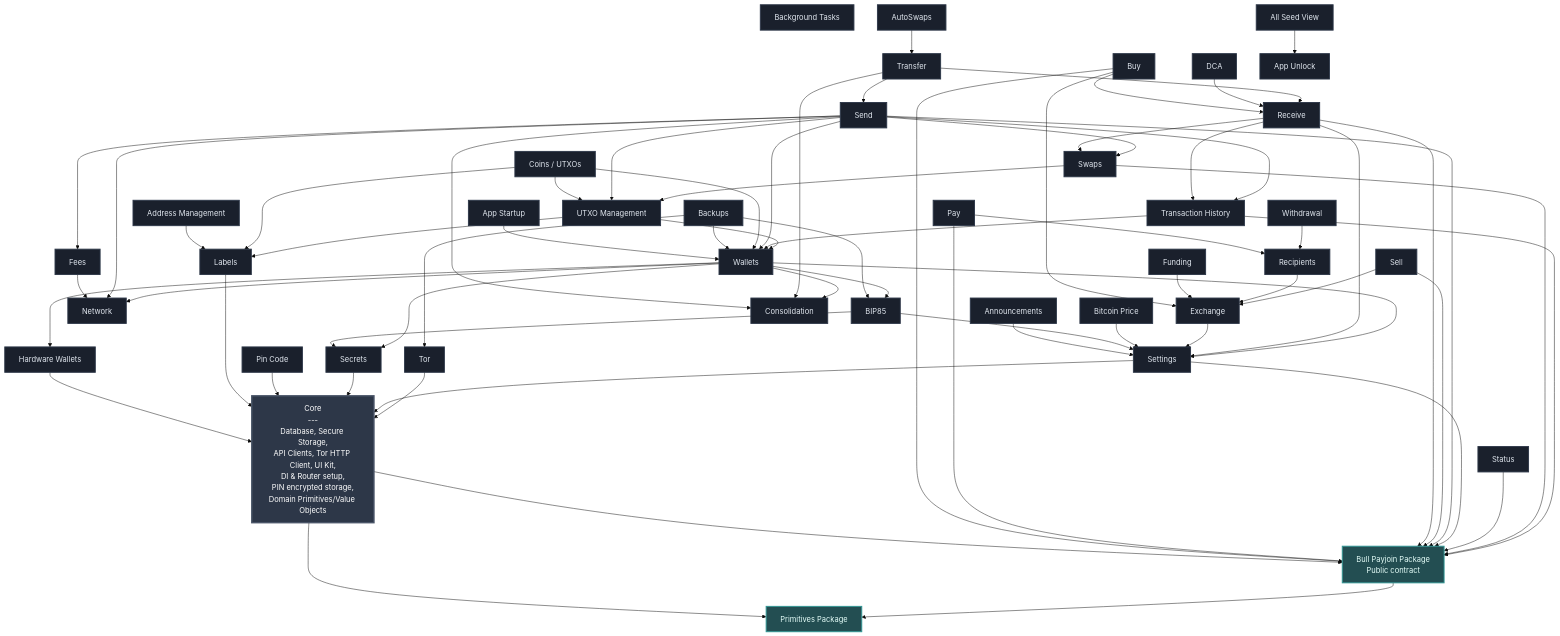
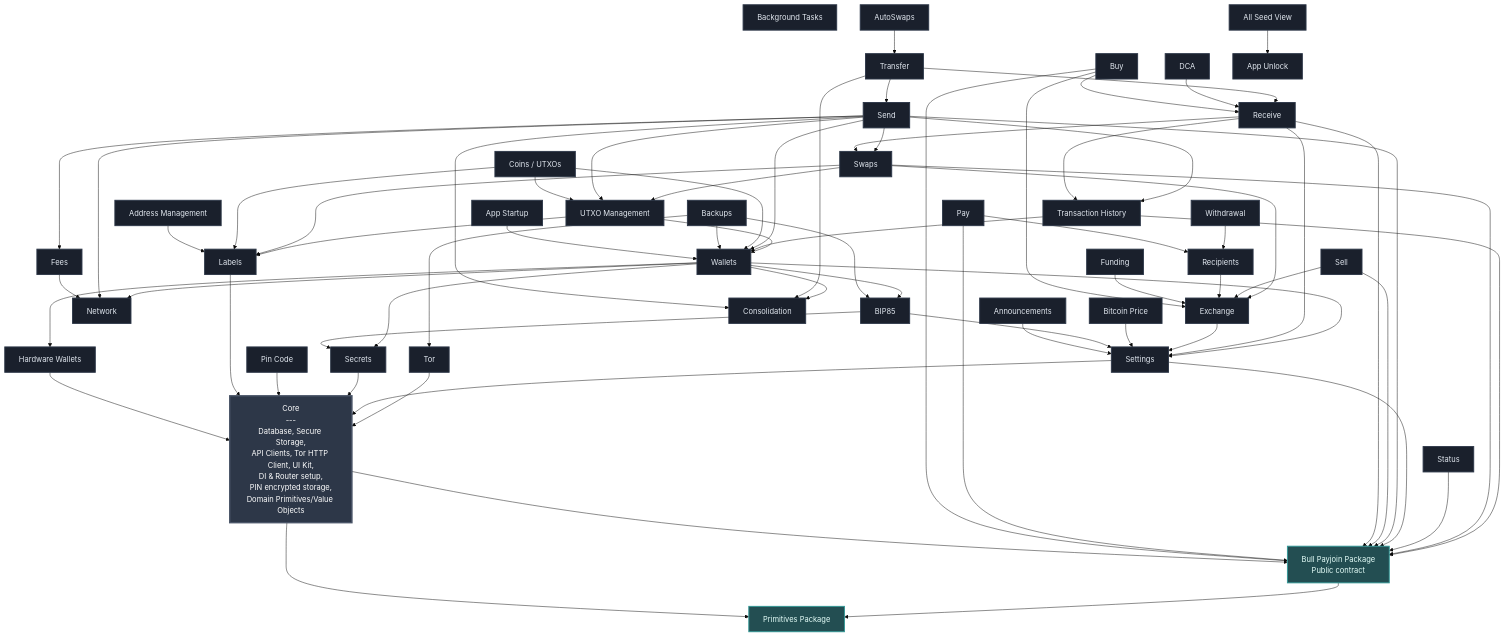
The diagram in FEATURES.md (SatoshiPortal/bullbitcoin-mobile), drawn with Mermaid (base theme) before and after one commit. The commit also changed 63 other files, not shown here.

```diff
--- a/FEATURES.md
+++ b/FEATURES.md
@@ -106,6 +106,8 @@
     SETTINGS --> BULL_PAYJOIN
     STATUS --> BULL_PAYJOIN
     SWAPS --> BULL_PAYJOIN
+    SWAPS --> EXCHANGE
+    SWAPS --> LABELS
     SWAPS --> UTXO_MGMT
     TOR --> CORE
     TRANSFER --> CONSOLIDATION
```
